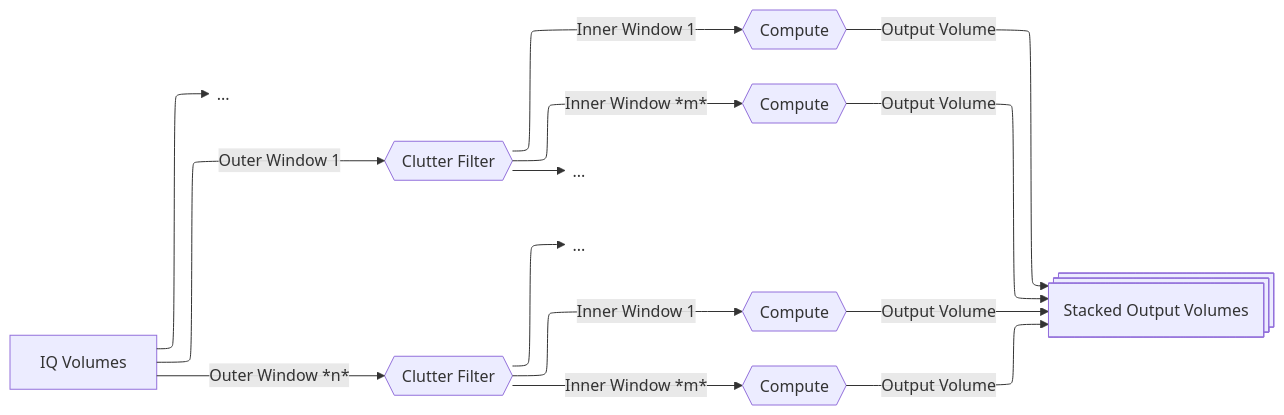
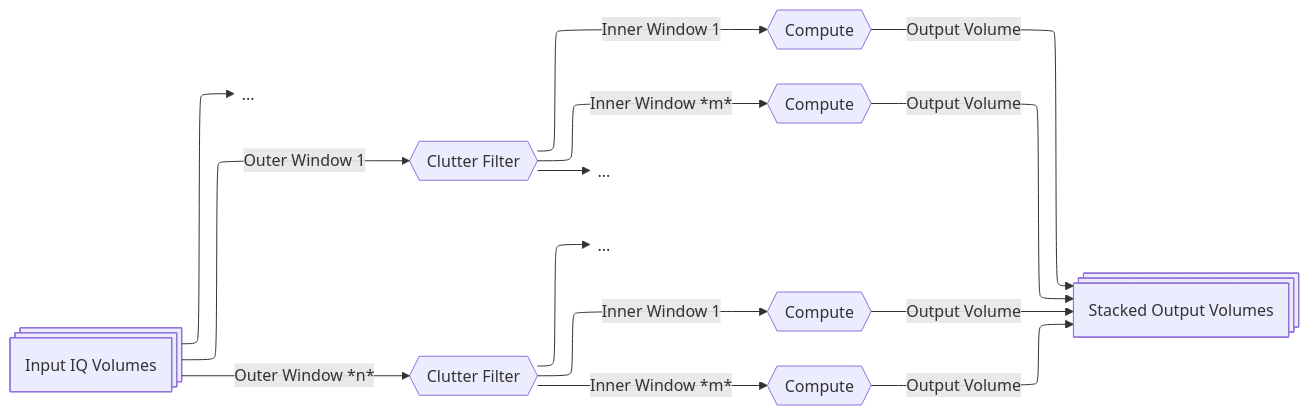
The second of 2 diagrams in docs/user-guide/beamformed-iq.md (sdiebolt/confusius), drawn with Mermaid before and after one commit. The commit also changed other lines of this file and 1 other file, not shown here.

````diff
--- a/docs/user-guide/beamformed-iq.md
+++ b/docs/user-guide/beamformed-iq.md
@@ -214,29 +215,30 @@
 ```mermaid
 ---
 config:
   layout: elk
 ---
 
 flowchart LR
-    IQ["IQ Volumes"] -->|"Outer Window 1"| CF1{{"Clutter Filter"}}
+    IQ -->|"Outer Window 1"| CF1{{"Clutter Filter"}}
     IQ --> ellipsis{{"..."}}
     IQ -->|"Outer Window *n*"| CFn{{"Clutter Filter"}}
 
     CF1 -->|"Inner Window 1"| C1{{"Compute"}}
     CF1 --> e1{{"..."}}
     CF1 -->|"Inner Window *m*"| C2{{"Compute"}}
 
     CFn -->|"Inner Window 1"| C3{{"Compute"}}
     CFn --> e2{{"..."}}
     CFn -->|"Inner Window *m*"| C4{{"Compute"}}
 
     C1 -->|"Output Volume"| output
     C2 -->|"Output Volume"| output
     C3 -->|"Output Volume"| output
     C4 -->|"Output Volume"| output
 
+    IQ@{ shape: processes, label: "Input IQ Volumes" }
     output@{ shape: processes, label: "Stacked Output Volumes" }
     ellipsis@{ shape: text}
     e1@{ shape: text}
     e2@{ shape: text}
 ```
````
